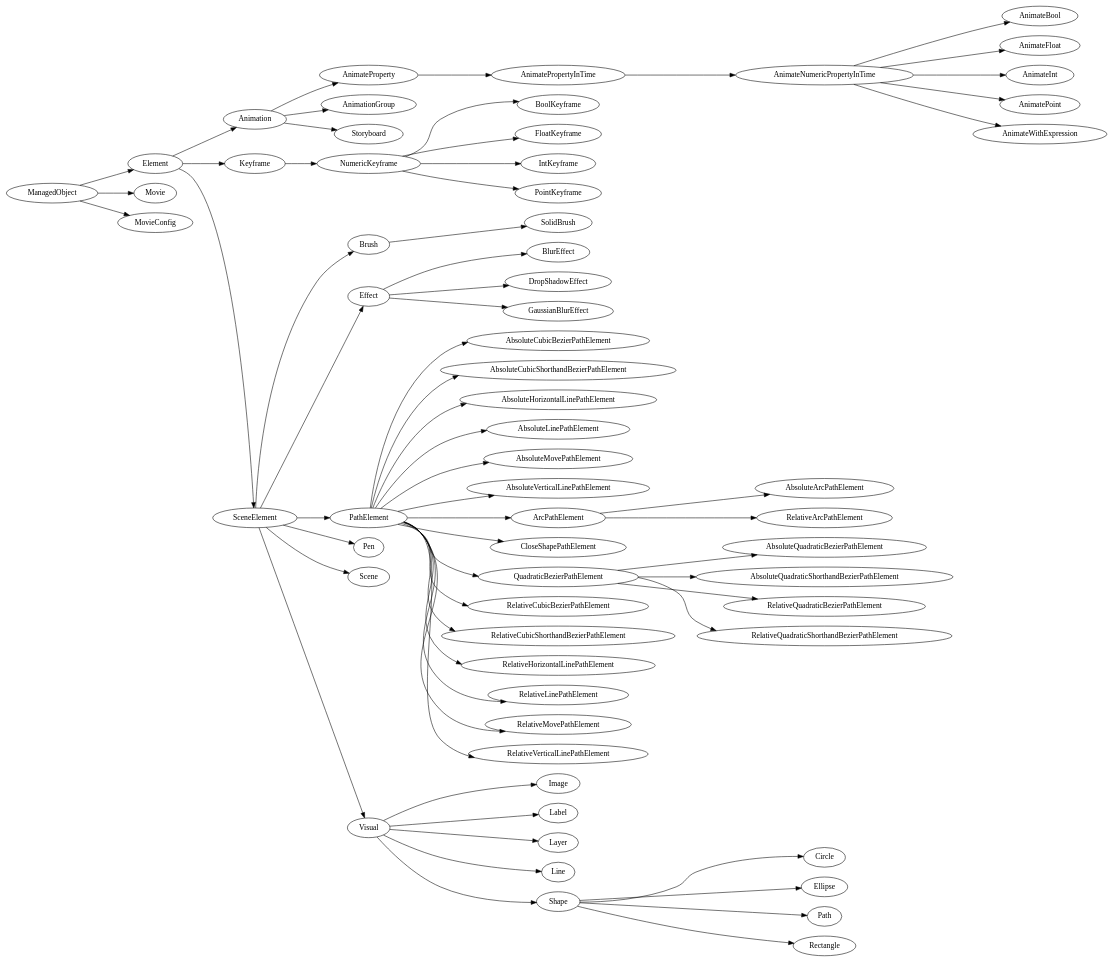
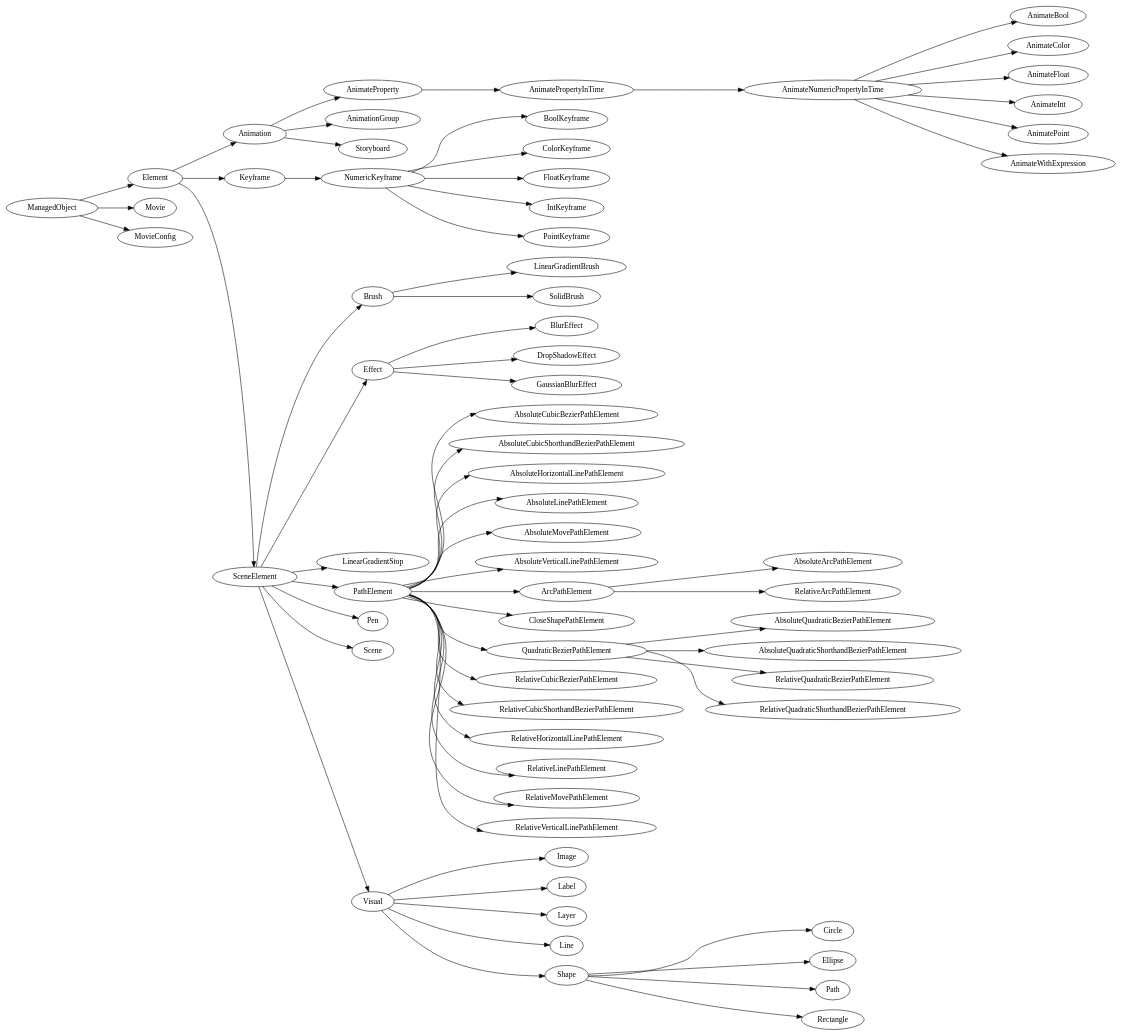
The diagram in Animator.dot (wojciechsura/Animator), drawn with Graphviz before and after one commit. The commit also changed 1 other file, not shown here.

Commit message:
Updated documentation for gradients and color animation

```diff
--- a/Animator.dot
+++ b/Animator.dot
@@ -1,126 +1,134 @@
 digraph {
   rankdir=LR
 0 [ label = "AbsoluteArcPathElement" ]
 1 [ label = "AbsoluteCubicBezierPathElement" ]
 2 [ label = "AbsoluteCubicShorthandBezierPathElement" ]
 3 [ label = "AbsoluteHorizontalLinePathElement" ]
 4 [ label = "AbsoluteLinePathElement" ]
 5 [ label = "AbsoluteMovePathElement" ]
 6 [ label = "AbsoluteQuadraticBezierPathElement" ]
 7 [ label = "AbsoluteQuadraticShorthandBezierPathElement" ]
 8 [ label = "AbsoluteVerticalLinePathElement" ]
 9 [ label = "AnimateBool" ]
-10 [ label = "AnimateFloat" ]
-11 [ label = "AnimateInt" ]
-12 [ label = "AnimateNumericPropertyInTime" ]
-13 [ label = "AnimatePoint" ]
-14 [ label = "AnimateProperty" ]
-15 [ label = "AnimatePropertyInTime" ]
-16 [ label = "AnimateWithExpression" ]
-17 [ label = "Animation" ]
-18 [ label = "AnimationGroup" ]
-19 [ label = "ArcPathElement" ]
-20 [ label = "BlurEffect" ]
-21 [ label = "BoolKeyframe" ]
-22 [ label = "Brush" ]
-23 [ label = "Circle" ]
-24 [ label = "CloseShapePathElement" ]
-25 [ label = "DropShadowEffect" ]
-26 [ label = "Effect" ]
-27 [ label = "Element" ]
-28 [ label = "Ellipse" ]
-29 [ label = "FloatKeyframe" ]
-30 [ label = "GaussianBlurEffect" ]
-31 [ label = "Image" ]
-32 [ label = "IntKeyframe" ]
-33 [ label = "Keyframe" ]
-34 [ label = "Label" ]
-35 [ label = "Layer" ]
-36 [ label = "Line" ]
-37 [ label = "Movie" ]
-38 [ label = "MovieConfig" ]
-39 [ label = "NumericKeyframe" ]
-40 [ label = "Path" ]
-41 [ label = "PathElement" ]
-42 [ label = "Pen" ]
-43 [ label = "PointKeyframe" ]
-44 [ label = "QuadraticBezierPathElement" ]
-45 [ label = "Rectangle" ]
-46 [ label = "RelativeArcPathElement" ]
-47 [ label = "RelativeCubicBezierPathElement" ]
-48 [ label = "RelativeCubicShorthandBezierPathElement" ]
-49 [ label = "RelativeHorizontalLinePathElement" ]
-50 [ label = "RelativeLinePathElement" ]
-51 [ label = "RelativeMovePathElement" ]
-52 [ label = "RelativeQuadraticBezierPathElement" ]
-53 [ label = "RelativeQuadraticShorthandBezierPathElement" ]
-54 [ label = "RelativeVerticalLinePathElement" ]
-55 [ label = "Scene" ]
-56 [ label = "SceneElement" ]
-57 [ label = "Shape" ]
-58 [ label = "SolidBrush" ]
-59 [ label = "Storyboard" ]
-60 [ label = "Visual" ]
-61 [ label = "ManagedObject" ]
-19 -> 0
-41 -> 1
-41 -> 2
-41 -> 3
-41 -> 4
-41 -> 5
-44 -> 6
-44 -> 7
-41 -> 8
-12 -> 9
-12 -> 10
-12 -> 11
-15 -> 12
-12 -> 13
-17 -> 14
-14 -> 15
-12 -> 16
-27 -> 17
-17 -> 18
-41 -> 19
-26 -> 20
-39 -> 21
-56 -> 22
-57 -> 23
-41 -> 24
-26 -> 25
-56 -> 26
-61 -> 27
-57 -> 28
-39 -> 29
-26 -> 30
-60 -> 31
-39 -> 32
-27 -> 33
-60 -> 34
-60 -> 35
-60 -> 36
-61 -> 37
-61 -> 38
-33 -> 39
-57 -> 40
-56 -> 41
-56 -> 42
-39 -> 43
-41 -> 44
-57 -> 45
-19 -> 46
-41 -> 47
-41 -> 48
-41 -> 49
-41 -> 50
-41 -> 51
-44 -> 52
-44 -> 53
-41 -> 54
-56 -> 55
-27 -> 56
-60 -> 57
-22 -> 58
-17 -> 59
-56 -> 60
+10 [ label = "AnimateColor" ]
+11 [ label = "AnimateFloat" ]
+12 [ label = "AnimateInt" ]
+13 [ label = "AnimateNumericPropertyInTime" ]
+14 [ label = "AnimatePoint" ]
+15 [ label = "AnimateProperty" ]
+16 [ label = "AnimatePropertyInTime" ]
+17 [ label = "AnimateWithExpression" ]
+18 [ label = "Animation" ]
+19 [ label = "AnimationGroup" ]
+20 [ label = "ArcPathElement" ]
+21 [ label = "BlurEffect" ]
+22 [ label = "BoolKeyframe" ]
+23 [ label = "Brush" ]
+24 [ label = "Circle" ]
+25 [ label = "CloseShapePathElement" ]
+26 [ label = "ColorKeyframe" ]
+27 [ label = "DropShadowEffect" ]
+28 [ label = "Effect" ]
+29 [ label = "Element" ]
+30 [ label = "Ellipse" ]
+31 [ label = "FloatKeyframe" ]
+32 [ label = "GaussianBlurEffect" ]
+33 [ label = "Image" ]
+34 [ label = "IntKeyframe" ]
+35 [ label = "Keyframe" ]
+36 [ label = "Label" ]
+37 [ label = "Layer" ]
+38 [ label = "Line" ]
+39 [ label = "LinearGradientBrush" ]
+40 [ label = "LinearGradientStop" ]
+41 [ label = "Movie" ]
+42 [ label = "MovieConfig" ]
+43 [ label = "NumericKeyframe" ]
+44 [ label = "Path" ]
+45 [ label = "PathElement" ]
+46 [ label = "Pen" ]
+47 [ label = "PointKeyframe" ]
+48 [ label = "QuadraticBezierPathElement" ]
+49 [ label = "Rectangle" ]
+50 [ label = "RelativeArcPathElement" ]
+51 [ label = "RelativeCubicBezierPathElement" ]
+52 [ label = "RelativeCubicShorthandBezierPathElement" ]
+53 [ label = "RelativeHorizontalLinePathElement" ]
+54 [ label = "RelativeLinePathElement" ]
+55 [ label = "RelativeMovePathElement" ]
+56 [ label = "RelativeQuadraticBezierPathElement" ]
+57 [ label = "RelativeQuadraticShorthandBezierPathElement" ]
+58 [ label = "RelativeVerticalLinePathElement" ]
+59 [ label = "Scene" ]
+60 [ label = "SceneElement" ]
+61 [ label = "Shape" ]
+62 [ label = "SolidBrush" ]
+63 [ label = "Storyboard" ]
+64 [ label = "Visual" ]
+65 [ label = "ManagedObject" ]
+20 -> 0
+45 -> 1
+45 -> 2
+45 -> 3
+45 -> 4
+45 -> 5
+48 -> 6
+48 -> 7
+45 -> 8
+13 -> 9
+13 -> 10
+13 -> 11
+13 -> 12
+16 -> 13
+13 -> 14
+18 -> 15
+15 -> 16
+13 -> 17
+29 -> 18
+18 -> 19
+45 -> 20
+28 -> 21
+43 -> 22
+60 -> 23
+61 -> 24
+45 -> 25
+43 -> 26
+28 -> 27
+60 -> 28
+65 -> 29
+61 -> 30
+43 -> 31
+28 -> 32
+64 -> 33
+43 -> 34
+29 -> 35
+64 -> 36
+64 -> 37
+64 -> 38
+23 -> 39
+60 -> 40
+65 -> 41
+65 -> 42
+35 -> 43
+61 -> 44
+60 -> 45
+60 -> 46
+43 -> 47
+45 -> 48
+61 -> 49
+20 -> 50
+45 -> 51
+45 -> 52
+45 -> 53
+45 -> 54
+45 -> 55
+48 -> 56
+48 -> 57
+45 -> 58
+60 -> 59
+29 -> 60
+64 -> 61
+23 -> 62
+18 -> 63
+60 -> 64
 }
```
